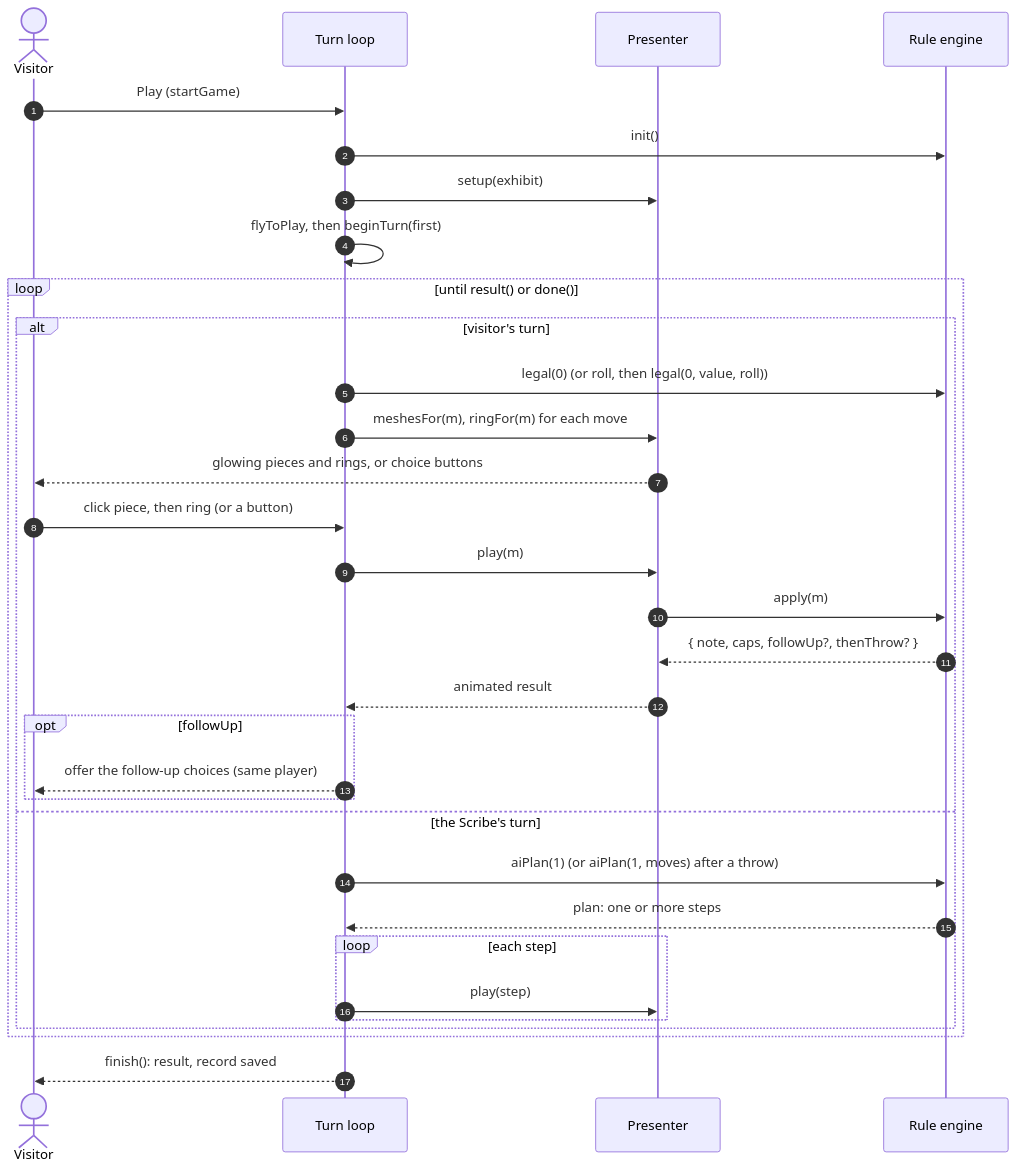
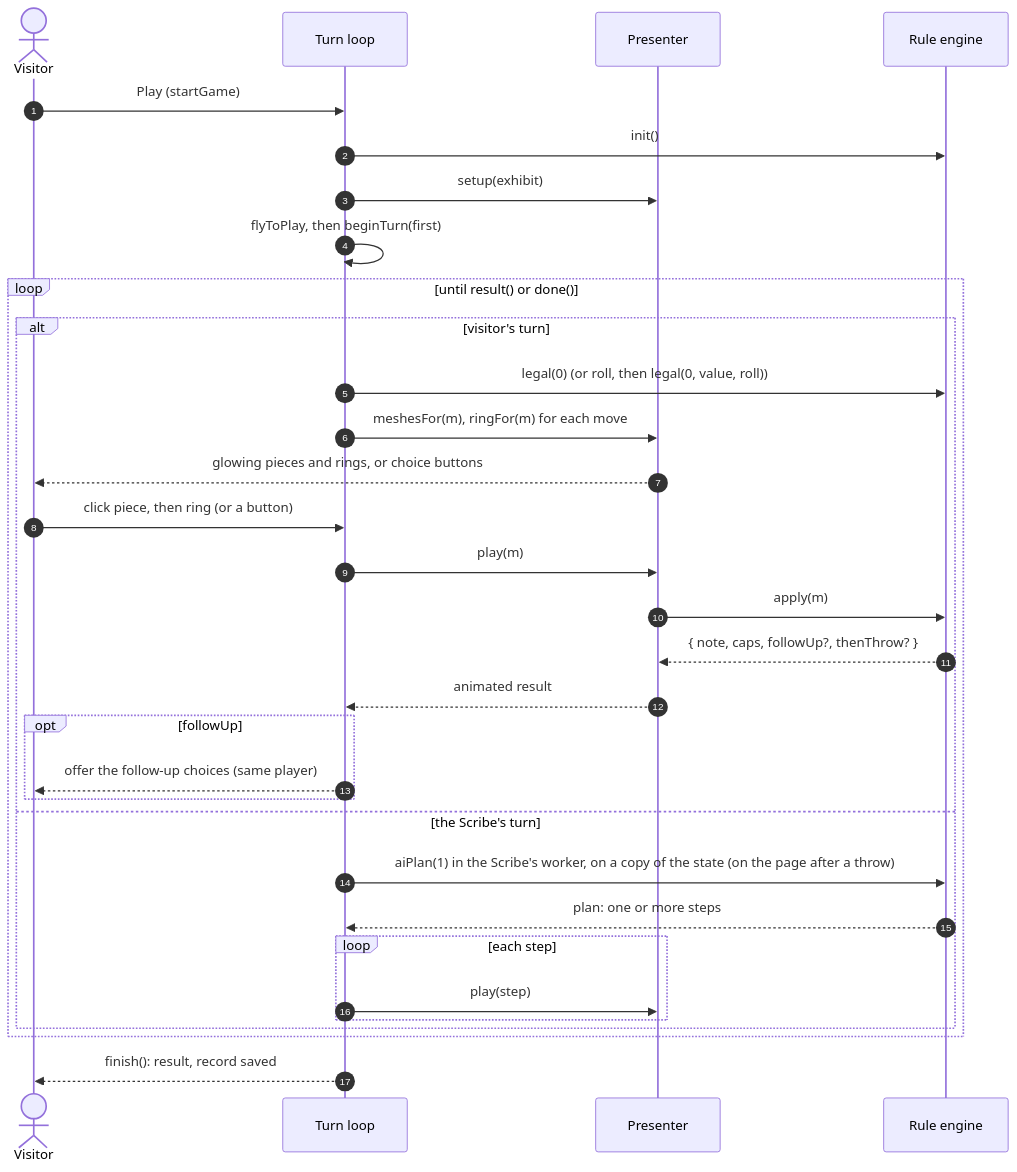
One commit to CptNope/Librarium-Archives changed the third of 5 diagrams in docs/architecture.md. Above: the diagram before and after it, drawn with Mermaid. The commit also changed other lines of this file and 5 other files, not shown here.

````diff
--- a/docs/architecture.md
+++ b/docs/architecture.md
@@ -79,34 +93,34 @@
 ```mermaid
 sequenceDiagram
     autonumber
     actor V as Visitor
     participant L as Turn loop
     participant P as Presenter
     participant G as Rule engine
     V->>L: Play (startGame)
     L->>G: init()
     L->>P: setup(exhibit)
     L->>L: flyToPlay, then beginTurn(first)
     loop until result() or done()
         alt visitor's turn
             L->>G: legal(0) (or roll, then legal(0, value, roll))
             L->>P: meshesFor(m), ringFor(m) for each move
             P-->>V: glowing pieces and rings, or choice buttons
             V->>L: click piece, then ring (or a button)
             L->>P: play(m)
             P->>G: apply(m)
             G-->>P: { note, caps, followUp?, thenThrow? }
             P-->>L: animated result
             opt followUp
                 L-->>V: offer the follow-up choices (same player)
             end
         else the Scribe's turn
-            L->>G: aiPlan(1) (or aiPlan(1, moves) after a throw)
+            L->>G: aiPlan(1) in the Scribe's worker, on a copy of the state (on the page after a throw)
             G-->>L: plan: one or more steps
             loop each step
                 L->>P: play(step)
             end
         end
     end
     L-->>V: finish(): result, record saved
 ```
````
